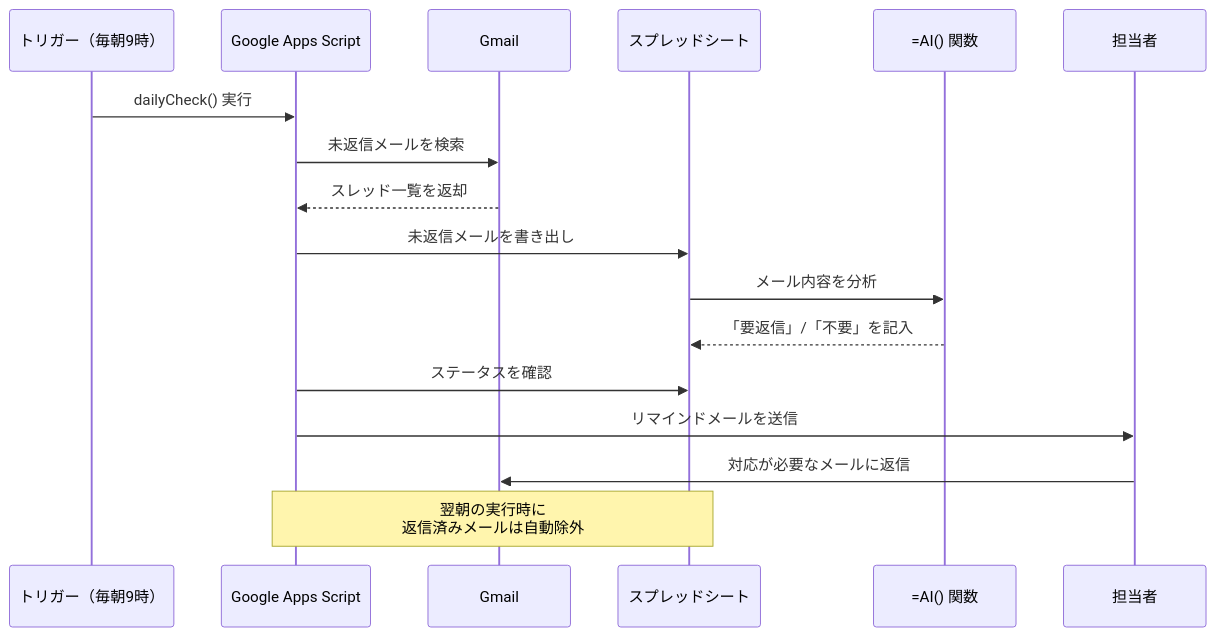
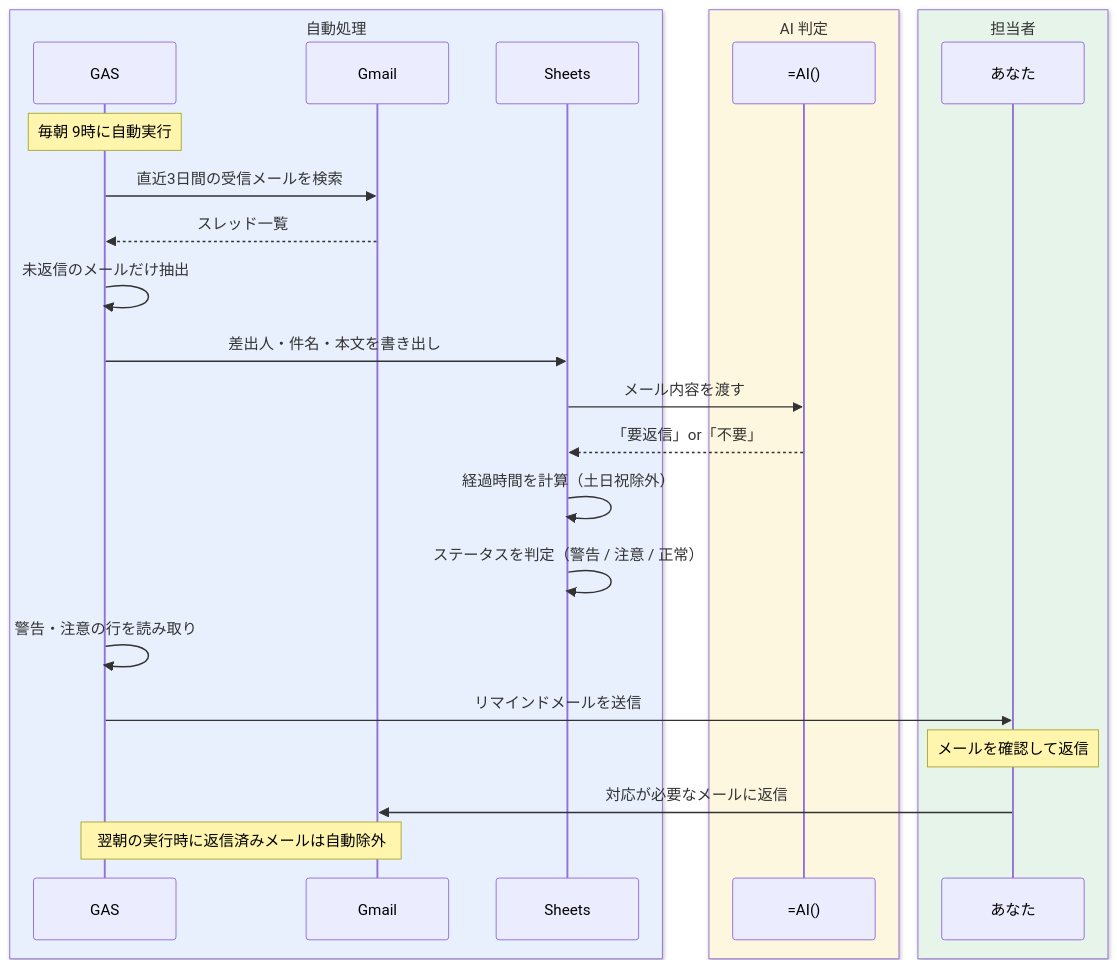
Before and after one commit to devikuomidorikawa/dx-lab: the third of 3 diagrams in src/content/projects/unreplied-email-reminder.md, drawn with Mermaid. The commit also changed other lines of this file, not shown here.

First line of the commit message:
refactor: Mermaid図解をよりわかりやすく改善

````diff
--- a/src/content/projects/unreplied-email-reminder.md
+++ b/src/content/projects/unreplied-email-reminder.md
@@ -314,20 +329,34 @@
 ```mermaid
 sequenceDiagram
-    participant T as トリガー（毎朝9時）
-    participant GAS as Google Apps Script
-    participant GM as Gmail
-    participant SS as スプレッドシート
-    participant AI as =AI() 関数
-    participant U as 担当者
+    box rgb(232,240,254) 自動処理
+        participant GAS as GAS
+        participant GM as Gmail
+        participant SS as Sheets
+    end
+    box rgb(254,247,224) AI 判定
+        participant AI as =AI()
+    end
+    box rgb(230,244,234) 担当者
+        participant U as あなた
+    end
 
-    T->>GAS: dailyCheck() 実行
-    GAS->>GM: 未返信メールを検索
-    GM-->>GAS: スレッド一覧を返却
-    GAS->>SS: 未返信メールを書き出し
-    SS->>AI: メール内容を分析
-    AI-->>SS: 「要返信」/「不要」を記入
-    GAS->>SS: ステータスを確認
+    Note over GAS: 毎朝 9時に自動実行
+    GAS->>GM: 直近3日間の受信メールを検索
+    GM-->>GAS: スレッド一覧
+    GAS->>GAS: 未返信のメールだけ抽出
+    GAS->>SS: 差出人・件名・本文を書き出し
+
+    SS->>AI: メール内容を渡す
+    AI-->>SS: 「要返信」or「不要」
+
+    SS->>SS: 経過時間を計算（土日祝除外）
+    SS->>SS: ステータスを判定（警告 / 注意 / 正常）
+
+    GAS->>GAS: 警告・注意の行を読み取り
     GAS->>U: リマインドメールを送信
+
+    Note over U: メールを確認して返信
     U->>GM: 対応が必要なメールに返信
-    Note over GAS,SS: 翌朝の実行時に<br/>返信済みメールは自動除外
+
+    Note over GAS,GM: 翌朝の実行時に返信済みメールは自動除外
 ```
````
